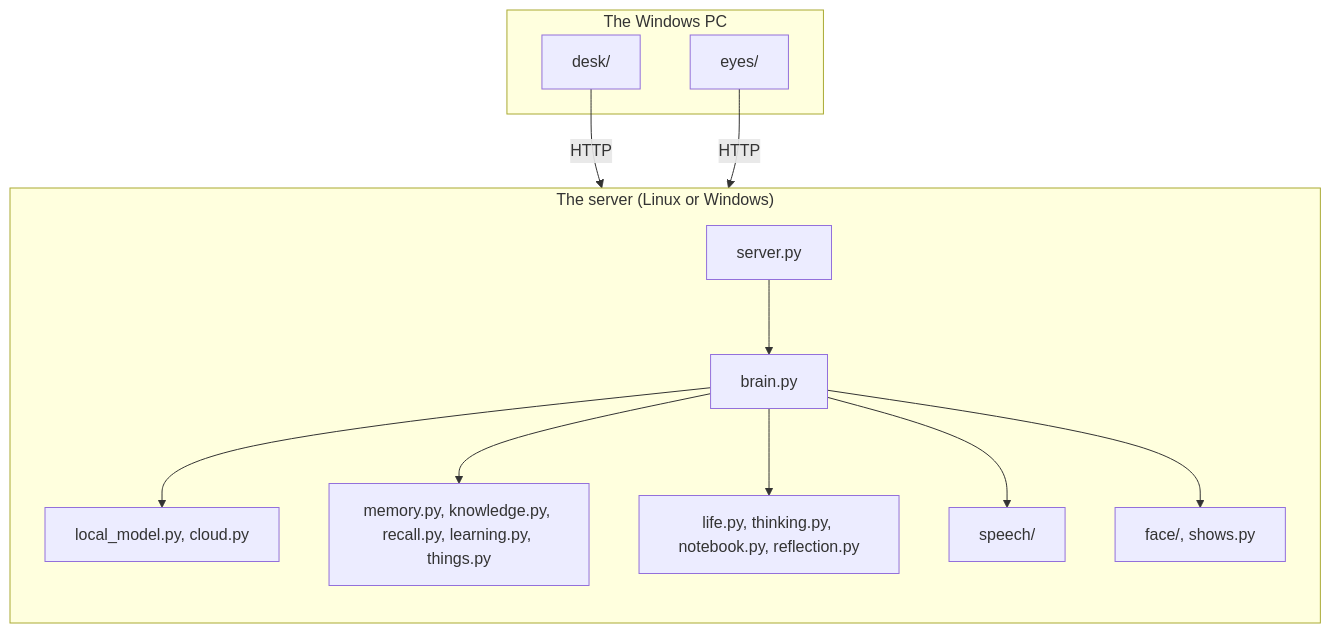
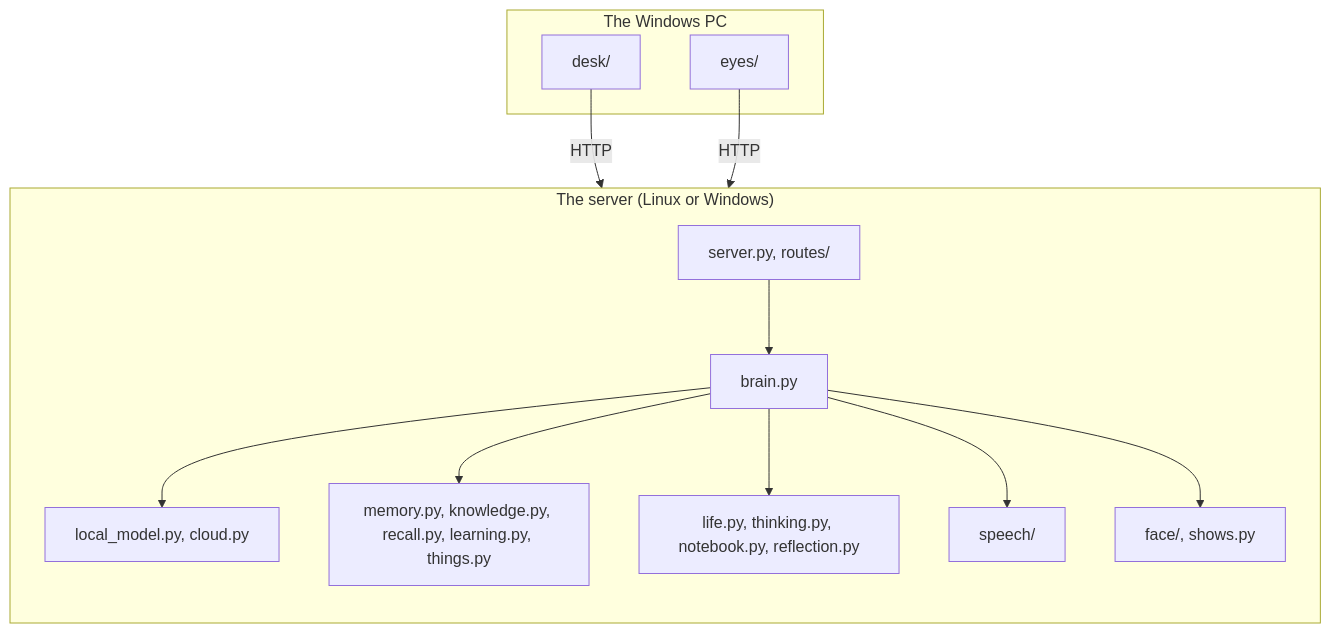
One commit to Senitage/Kit changed the diagram in docs/5 Reference/Code Map.md. Above: the diagram before and after it, drawn with Mermaid. The commit also changed other lines of this file and 22 other files, not shown here.

First line of the commit message:
Split the server's routes into one router per part of Kit

````diff
--- a/docs/5 Reference/Code Map.md
+++ b/docs/5 Reference/Code Map.md
@@ -16,18 +16,18 @@
 ```mermaid
 flowchart TB
     subgraph Server["The server (Linux or Windows)"]
         direction TB
-        Srv["server.py"] --> Brn["brain.py"]
+        Srv["server.py, routes/"] --> Brn["brain.py"]
         Brn --> Mods["local_model.py, cloud.py"]
         Brn --> Mem["memory.py, knowledge.py, recall.py, learning.py, things.py"]
         Brn --> Lf["life.py, thinking.py, notebook.py, reflection.py"]
         Brn --> Sp["speech/"]
         Brn --> Fc["face/, shows.py"]
     end
     subgraph PC["The Windows PC"]
         Dsk["desk/"]
         Eye["eyes/"]
     end
     Dsk -- "HTTP" --> Srv
     Eye -- "HTTP" --> Srv
 ```
````
